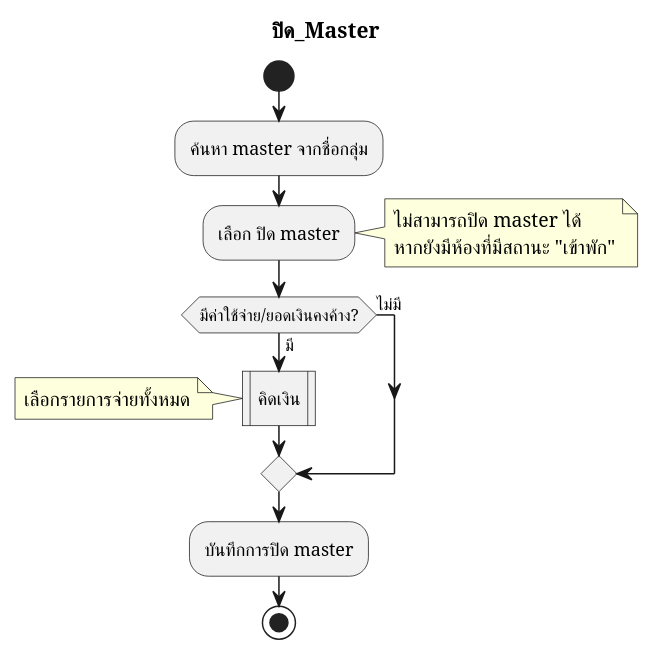
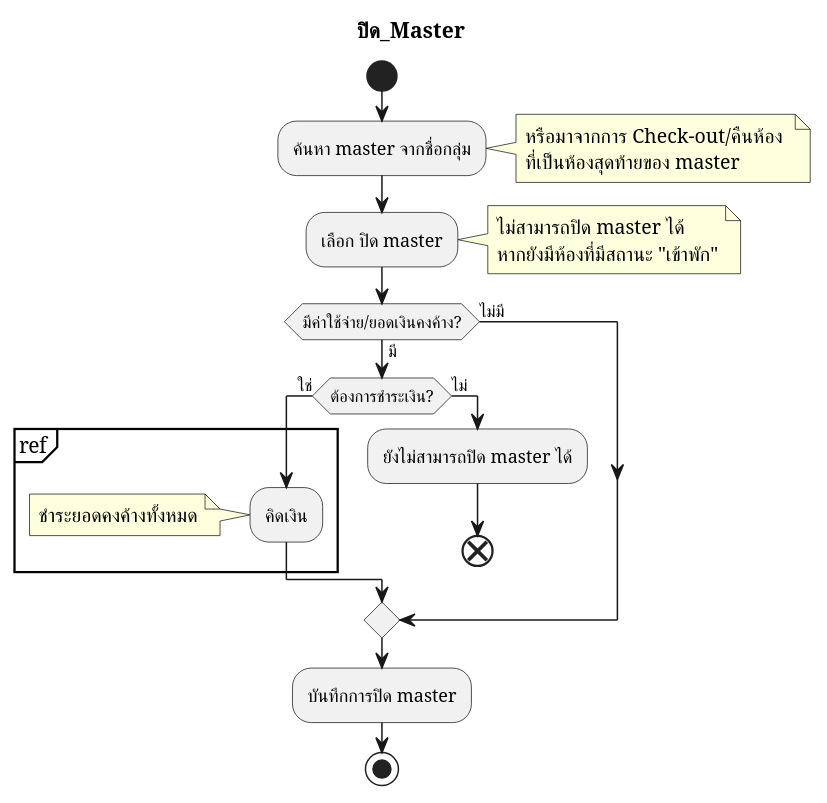
One commit to cheat13/Prompiman_Diagram changed the diagram in activity-diagram/Master/Master_Closed.md. Above: the diagram before and after it, drawn with PlantUML. The commit also changed 7 other files, not shown here.

```diff
--- a/activity-diagram/Master/Master_Closed.md
+++ b/activity-diagram/Master/Master_Closed.md
@@ -1,23 +1,35 @@
 @startuml
 title ปิด_Master
 start
 
 :ค้นหา master จากชื่อกลุ่ม;
+note right
+    หรือมาจากการ Check-out/คืนห้อง 
+    ที่เป็นห้องสุดท้ายของ master
+endnote
+
 :เลือก ปิด master;
 note right
     ไม่สามารถปิด master ได้
     หากยังมีห้องที่มีสถานะ "เข้าพัก"
 endnote
 
 if (มีค่าใช้จ่าย/ยอดเงินคงค้าง?) then (มี)
-    :คิดเงิน|
-    note left
-        เลือกรายการจ่ายทั้งหมด
-    endnote
+    if (ต้องการชำระเงิน?) then (ใช่)
+        partition ref {
+            :คิดเงิน;
+            note left
+                ชำระยอดคงค้างทั้งหมด
+            endnote
+        }
+    else (ไม่)
+        :ยังไม่สามารถปิด master ได้;
+        end
+    endif
 else (ไม่มี)
 endif
 
 :บันทึกการปิด master;
 
 stop
 @enduml
```
